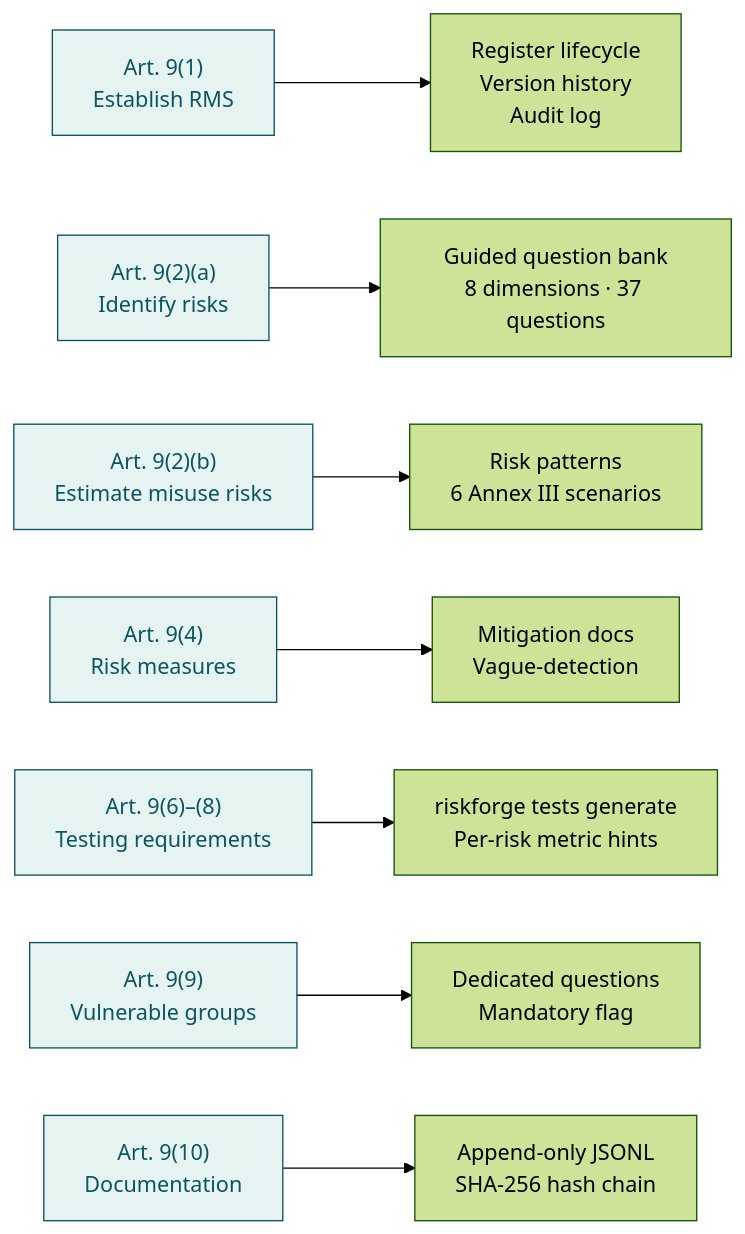
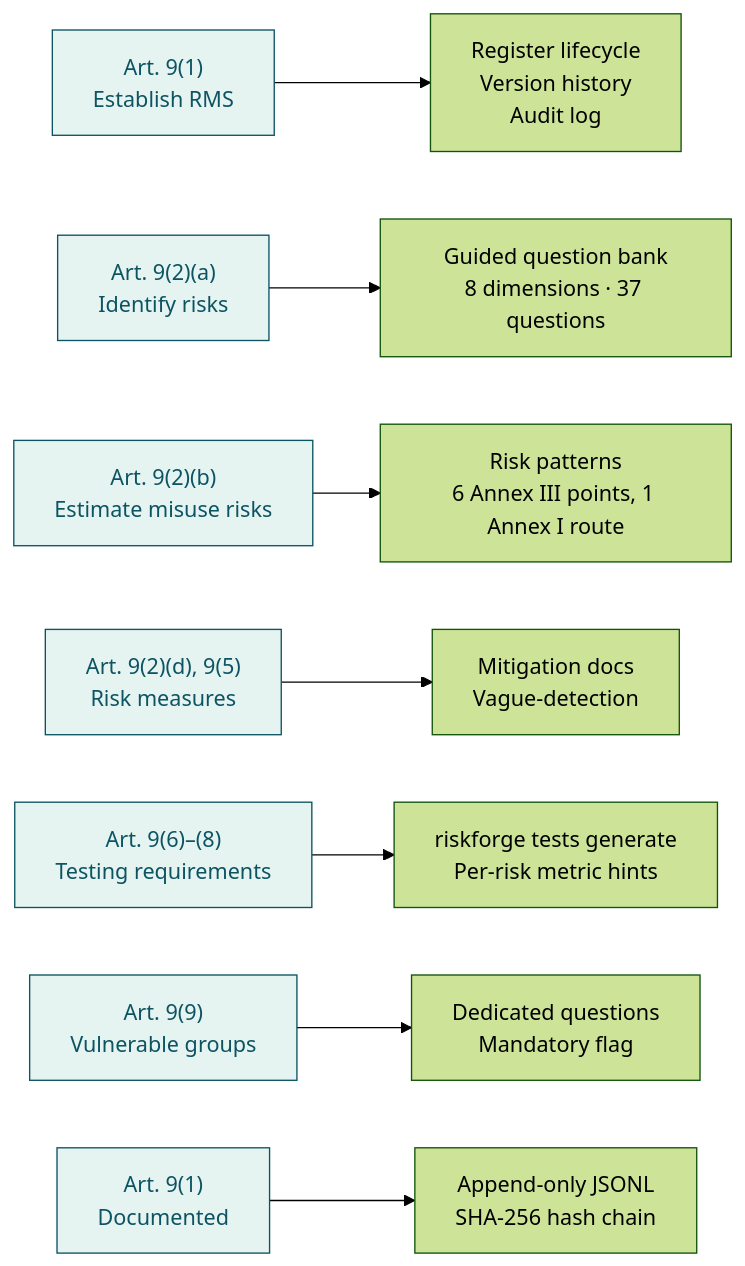
The third of 3 diagrams in README.md (aiexponent/riskforge), drawn with Mermaid (forest theme) before and after one commit. The commit also changed other lines of this file and 2 other files, not shown here.

````diff
--- a/README.md
+++ b/README.md
@@ -209,18 +209,18 @@
 ```mermaid
 graph LR
     A9_1["Art. 9(1)<br/>Establish RMS"] --> REG["Register lifecycle<br/>Version history<br/>Audit log"]
     A9_2a["Art. 9(2)(a)<br/>Identify risks"] --> QB["Guided question bank<br/>8 dimensions · 37 questions"]
-    A9_2b["Art. 9(2)(b)<br/>Estimate misuse risks"] --> PAT["Risk patterns<br/>6 Annex III scenarios"]
-    A9_4["Art. 9(4)<br/>Risk measures"] --> MIT["Mitigation docs<br/>Vague-detection"]
+    A9_2b["Art. 9(2)(b)<br/>Estimate misuse risks"] --> PAT["Risk patterns<br/>6 Annex III points, 1 Annex I route"]
+    A9_2d_5["Art. 9(2)(d), 9(5)<br/>Risk measures"] --> MIT["Mitigation docs<br/>Vague-detection"]
     A9_6_8["Art. 9(6)–(8)<br/>Testing requirements"] --> TEST["riskforge tests generate<br/>Per-risk metric hints"]
     A9_9["Art. 9(9)<br/>Vulnerable groups"] --> VG["Dedicated questions<br/>Mandatory flag"]
-    A9_10["Art. 9(10)<br/>Documentation"] --> AUD["Append-only JSONL<br/>SHA-256 hash chain"]
+    A9_1D["Art. 9(1)<br/>Documented"] --> AUD["Append-only JSONL<br/>SHA-256 hash chain"]
 
     style A9_1 fill:#E6F4F1,stroke:#0D5463,color:#0D5463
     style A9_2a fill:#E6F4F1,stroke:#0D5463,color:#0D5463
     style A9_2b fill:#E6F4F1,stroke:#0D5463,color:#0D5463
-    style A9_4 fill:#E6F4F1,stroke:#0D5463,color:#0D5463
+    style A9_2d_5 fill:#E6F4F1,stroke:#0D5463,color:#0D5463
     style A9_6_8 fill:#E6F4F1,stroke:#0D5463,color:#0D5463
     style A9_9 fill:#E6F4F1,stroke:#0D5463,color:#0D5463
-    style A9_10 fill:#E6F4F1,stroke:#0D5463,color:#0D5463
+    style A9_1D fill:#E6F4F1,stroke:#0D5463,color:#0D5463
 ```
````
